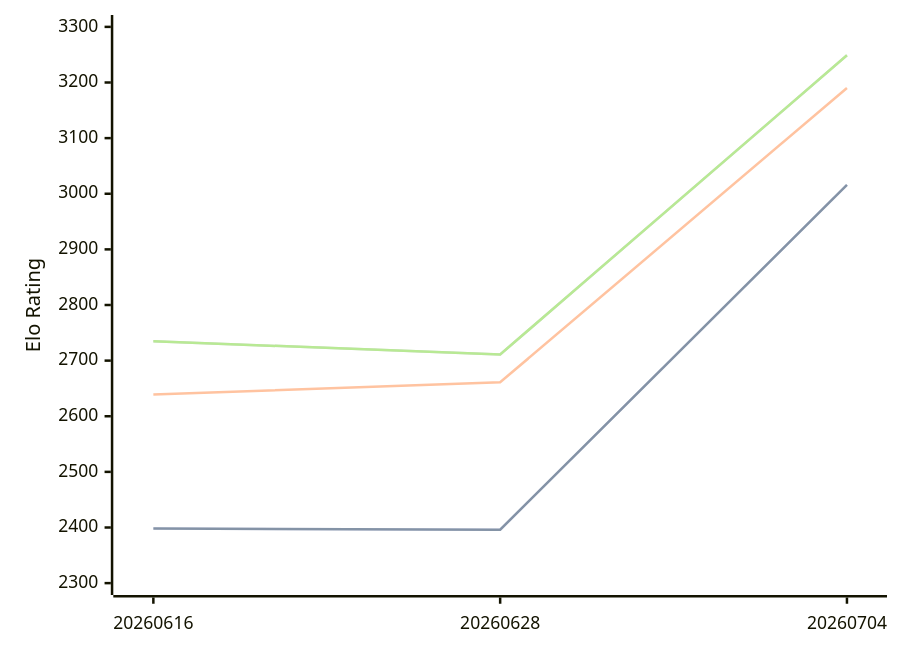
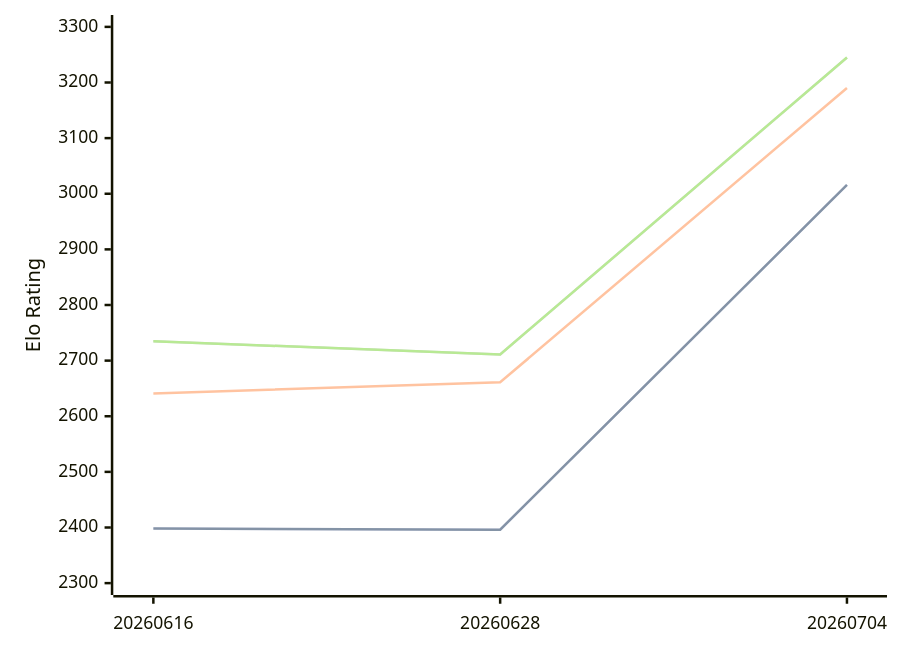
One commit to computer-chess-index/cci changed the diagram in engines/Askaig.md. Above: the diagram before and after it, drawn with Mermaid. The commit also changed other lines of this file, not shown here.

Commit message:
Update CCI Ratings (ELO VLTC) - 2026-07-25

````diff
--- a/engines/Askaig.md
+++ b/engines/Askaig.md
@@ -35,11 +35,11 @@
 ```mermaid
 %%{init: {"theme":"base","themeVariables":{"seriesColors:['#a3a3a3','#222221','#faa371']}}}%%
 xychart-beta
   x-axis ["20260616", "20260628", "20260704"]
   y-axis "Elo Rating" 2300 --> 3300
   line "STC (8.0+0.08s)" [2398, 2396, 3016]
   line "STC (8.0+0.08s)" [2398, 2396, 3016]
-  line "LTC (60.0+0.60s)" [2639, 2661, 3190]
-  line "VLTC (2m24s+1.12s)" [2735, 2711, 3249]
-  line "VLTC (2m24s+1.12s)" [2735, 2711, 3249]
+  line "LTC (60.0+0.60s)" [2641, 2661, 3190]
+  line "VLTC (2m24s+1.12s)" [2735, 2711, 3245]
+  line "VLTC (2m24s+1.12s)" [2735, 2711, 3245]
 ```
````
